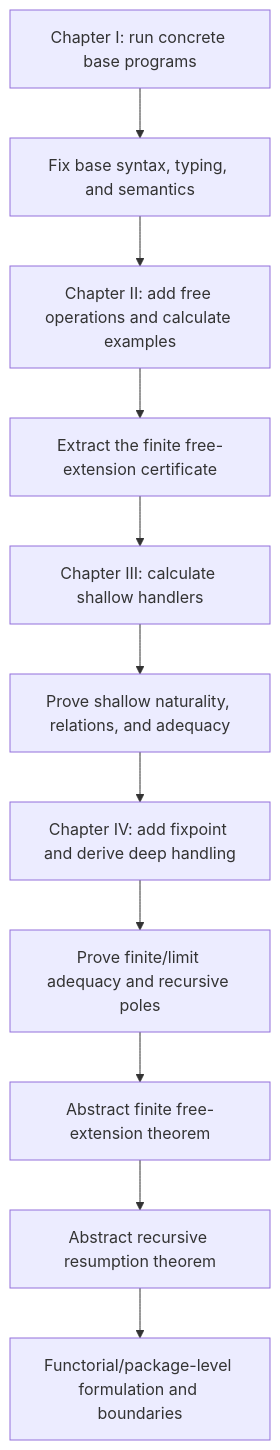
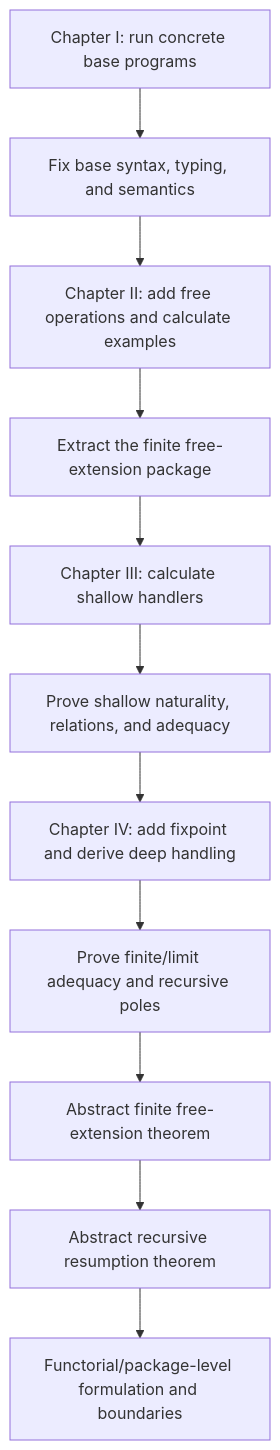
Before and after one commit to myuon/effect-semantics-notes: the diagram in review-guide.md, drawn with Mermaid. The commit also changed other lines of this file and 71 other files, not shown here.

````diff
--- a/review-guide.md
+++ b/review-guide.md
@@ -36,13 +36,13 @@
 ```{mermaid}
 flowchart TD
   C1["Chapter I: run concrete base programs"] --> C1S["Fix base syntax, typing, and semantics"]
   C1S --> C2["Chapter II: add free operations and calculate examples"]
-  C2 --> C2S["Extract the finite free-extension certificate"]
+  C2 --> C2S["Extract the finite free-extension package"]
   C2S --> C3["Chapter III: calculate shallow handlers"]
   C3 --> C3S["Prove shallow naturality, relations, and adequacy"]
   C3S --> C4["Chapter IV: add fixpoint and derive deep handling"]
   C4 --> C4S["Prove finite/limit adequacy and recursive poles"]
   C4S --> A1["Abstract finite free-extension theorem"]
   A1 --> A2["Abstract recursive resumption theorem"]
   A2 --> A3["Functorial/package-level formulation and boundaries"]
 ```
````
